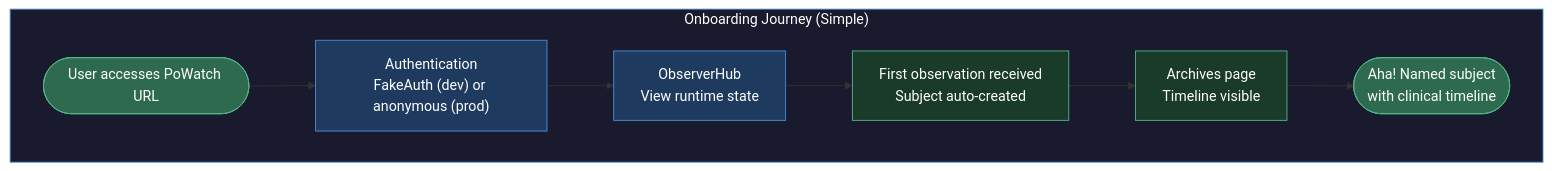
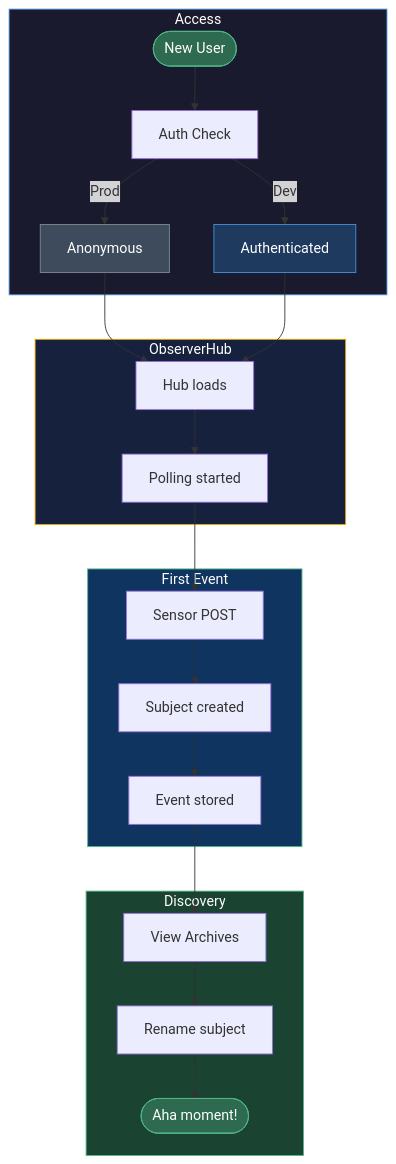
One commit to punkouter26/PoWatch changed the diagram in docs/OnboardingJourney_SIMPLE.mmd. Above: the diagram before and after it, drawn with Mermaid. The commit also changed 90 other files, not shown here.

```diff
--- a/docs/OnboardingJourney_SIMPLE.mmd
+++ b/docs/OnboardingJourney_SIMPLE.mmd
@@ -1,19 +1,39 @@
 flowchart TD
-    subgraph Journey["Onboarding Journey (Simple)"]
-        START(["User accesses PoWatch URL"])
-        AUTH["Authentication\nFakeAuth (dev) or anonymous (prod)"]
-        HUB["ObserverHub\nView runtime state"]
-        SENSOR["First observation received\nSubject auto-created"]
-        ARCHIVES["Archives page\nTimeline visible"]
-        AHA(["Aha! Named subject\nwith clinical timeline"])
+    subgraph Access["Access"]
+        START(["New User"])
+        AUTH["Auth Check"]
+        ANON["Anonymous"]
+        AUTHCTX["Authenticated"]
     end
 
-    START --> AUTH --> HUB --> SENSOR --> ARCHIVES --> AHA
+    subgraph Hub["ObserverHub"]
+        LOAD["Hub loads"]
+        READY["Polling started"]
+    end
 
-    style Journey fill:#1a1a2e,stroke:#4a90d9,color:#fff
+    subgraph Events["First Event"]
+        POST["Sensor POST"]
+        CREATED["Subject created"]
+        STORED["Event stored"]
+    end
+
+    subgraph Discovery["Discovery"]
+        ARCHIVES["View Archives"]
+        RENAME["Rename subject"]
+        AHA(["Aha moment!"])
+    end
+
+    START --> AUTH -->|"Dev"| AUTHCTX
+    AUTH -->|"Prod"| ANON
+    ANON & AUTHCTX --> LOAD --> READY
+    READY --> POST --> CREATED --> STORED --> ARCHIVES --> RENAME --> AHA
+
+    style Access fill:#1a1a2e,stroke:#4a90d9,color:#fff
+    style Hub fill:#16213e,stroke:#f0a500,color:#fff
+    style Events fill:#0f3460,stroke:#52b788,color:#fff
+    style Discovery fill:#1b4332,stroke:#52b788,color:#fff
+
     style START fill:#2d6a4f,stroke:#52b788,color:#fff
     style AHA fill:#2d6a4f,stroke:#52b788,color:#fff
-    style AUTH fill:#1e3a5f,stroke:#4a90d9,color:#fff
-    style HUB fill:#1e3a5f,stroke:#4a90d9,color:#fff
-    style SENSOR fill:#1a3a2a,stroke:#52b788,color:#fff
-    style ARCHIVES fill:#1a3a2a,stroke:#52b788,color:#fff
+    style ANON fill:#3d4b5c,stroke:#7f8c8d,color:#fff
+    style AUTHCTX fill:#1e3a5f,stroke:#4a90d9,color:#fff
```
